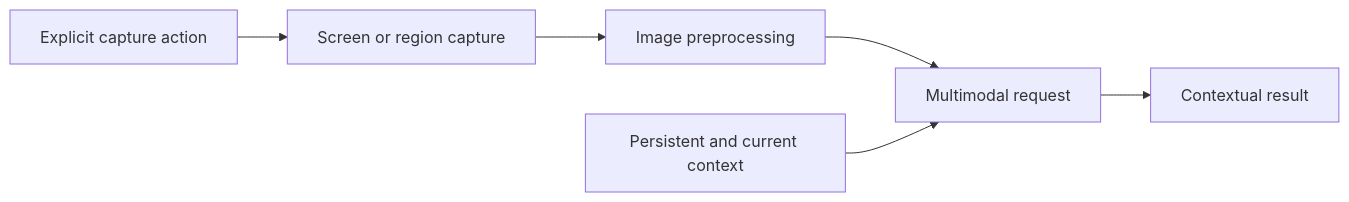
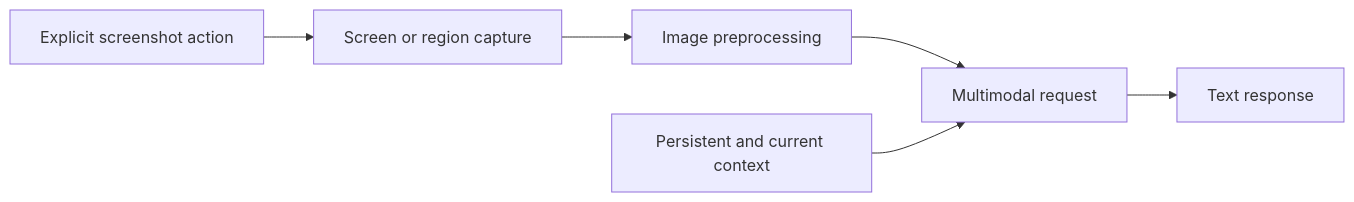
Before and after one commit to DML142/singularity-live: the second of 4 diagrams in tech.md, drawn with Mermaid. The commit also changed other lines of this file and 28 other files, not shown here.

````diff
--- a/tech.md
+++ b/tech.md
@@ -64,8 +78,8 @@
 ```mermaid
 flowchart LR
-  Trigger[Explicit capture action] --> Capture[Screen or region capture]
+  Trigger[Explicit screenshot action] --> Capture[Screen or region capture]
   Capture --> Prepare[Image preprocessing]
   Prepare --> Request[Multimodal request]
   Context[Persistent and current context] --> Request
-  Request --> Result[Contextual result]
+  Request --> Result[Text response]
 ```
````
